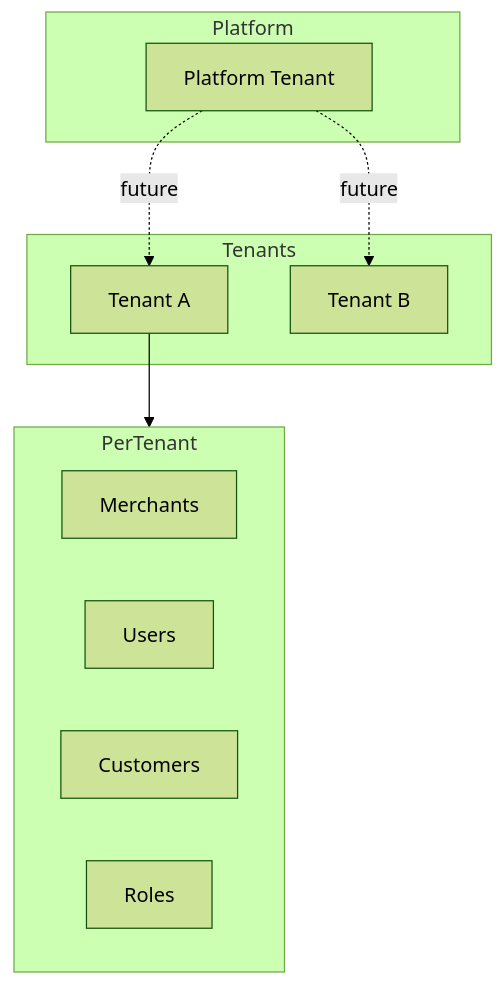
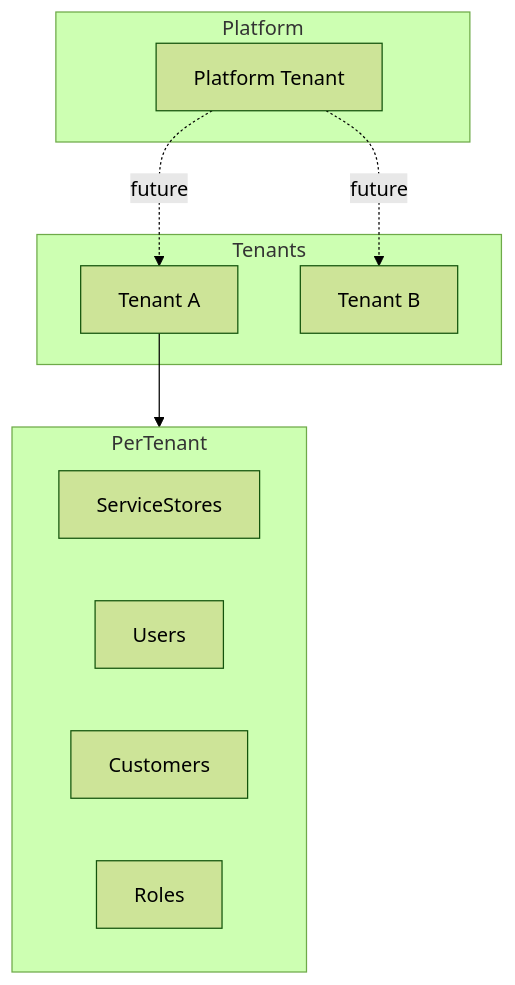
Before and after one commit to plc-r-dev/autohub: the fourth of 4 diagrams in docs/architecture/tenant.md, drawn with Mermaid (forest theme). The commit also changed other lines of this file and 286 other files, not shown here.

````diff
--- a/docs/architecture/tenant.md
+++ b/docs/architecture/tenant.md
@@ -126,22 +126,22 @@
 ```mermaid
 flowchart TD
   subgraph Platform
     PT[Platform Tenant]
   end
 
   subgraph Tenants
     T1[Tenant A]
     T2[Tenant B]
   end
 
   subgraph PerTenant
-    M[Merchants]
+    M[ServiceStores]
     U[Users]
     C[Customers]
     R[Roles]
   end
 
   PT -.->|future| T1
   PT -.->|future| T2
   T1 --> PerTenant
 ```
````
